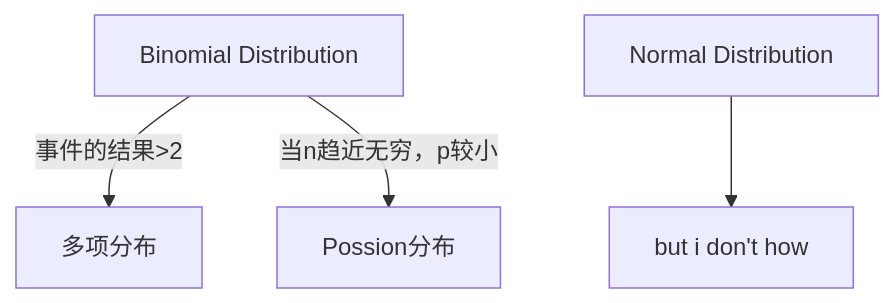
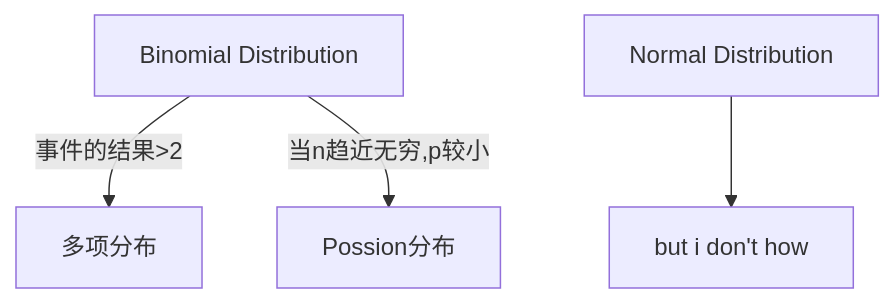
Before and after one commit to introvert24312/somehow: the diagram in source/_posts/Mind map of health statistics.md, drawn with Mermaid. The commit also changed 2 other files, not shown here.

Commit message:
二项分布总结

````diff
--- a/source/_posts/Mind map of health statistics.md
+++ b/source/_posts/Mind map of health statistics.md
@@ -9,15 +9,15 @@
 ```mermaid
 graph TD;
 0[Binomial Distribution]-->|事件的结果>2|00[多项分布]
 
-0-->|当n趋近无穷，p较小|1[Possion分布]
+0-->|当n趋近无穷,p较小|1[Possion分布]
 
 2[Normal Distribution];
 
 2-->21[but i don't how]
 
 click 0 "https://ysz.asia/2024/03/14/Binomial%20Distribution/"
 click 00 "https://ysz.asia/2024/03/14/Binomial%20Distribution/"
 click 1 "https://ysz.asia/2024/03/16/Poisson%20Distribution/"
 click 2 "https://ysz.asia/2024/03/24/Normal%20Distribution/"
 ```
````
